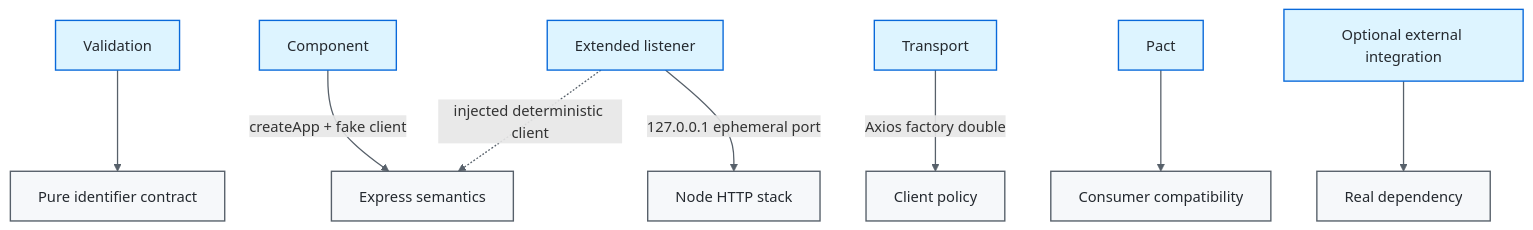
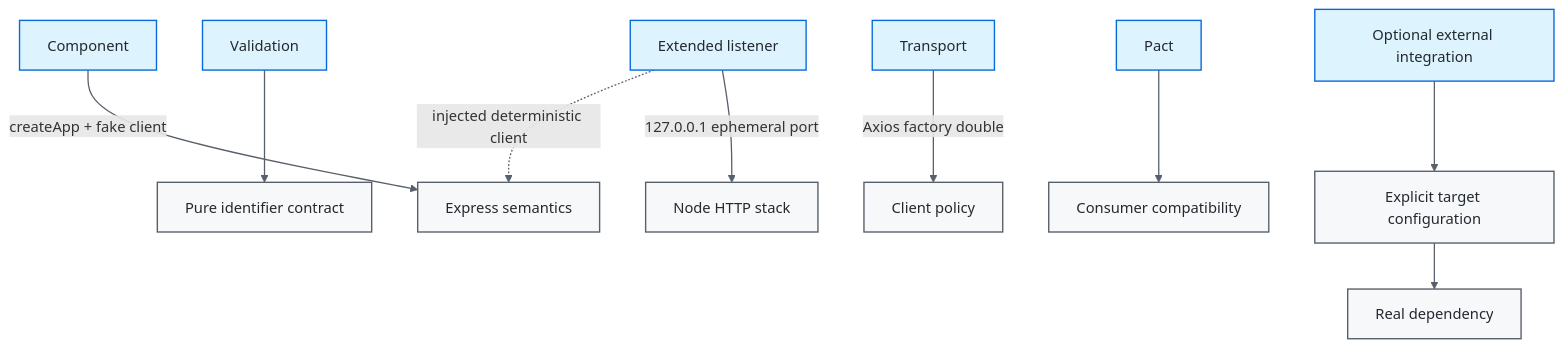
One commit to portyu9/qa-automation-node-supertest changed the second of 3 diagrams in README.md. Above: the diagram before and after it, drawn with Mermaid. The commit also changed other lines of this file, not shown here.

Commit message:
Document explicit fail-closed upstream ownership

````diff
--- a/README.md
+++ b/README.md
@@ -180,16 +187,17 @@
 ```mermaid
 flowchart TD
     C[Component] -->|createApp + fake client| E[Express semantics]
     V[Validation] --> PURE[Pure identifier contract]
     T[Transport] -->|Axios factory double| HTTP[Client policy]
     P[Pact] --> CONTRACT[Consumer compatibility]
     L[Extended listener] -->|127.0.0.1 ephemeral port| TCP[Node HTTP stack]
     L -. injected deterministic client .-> E
-    LIVE[Optional external integration] --> EXT[Real dependency]
+    LIVE[Optional external integration] --> CFG[Explicit target configuration]
+    CFG --> EXT[Real dependency]
 
     classDef entry fill:#ddf4ff,stroke:#0969da,color:#24292f,stroke-width:1.5px;
     classDef core fill:#f6f8fa,stroke:#57606a,color:#24292f,stroke-width:1.5px;
     class C,V,T,P,L,LIVE entry;
-    class E,PURE,HTTP,CONTRACT,TCP,EXT core;
+    class E,PURE,HTTP,CONTRACT,TCP,CFG,EXT core;
     linkStyle default stroke:#57606a,stroke-width:1.4px;
 ```
````
